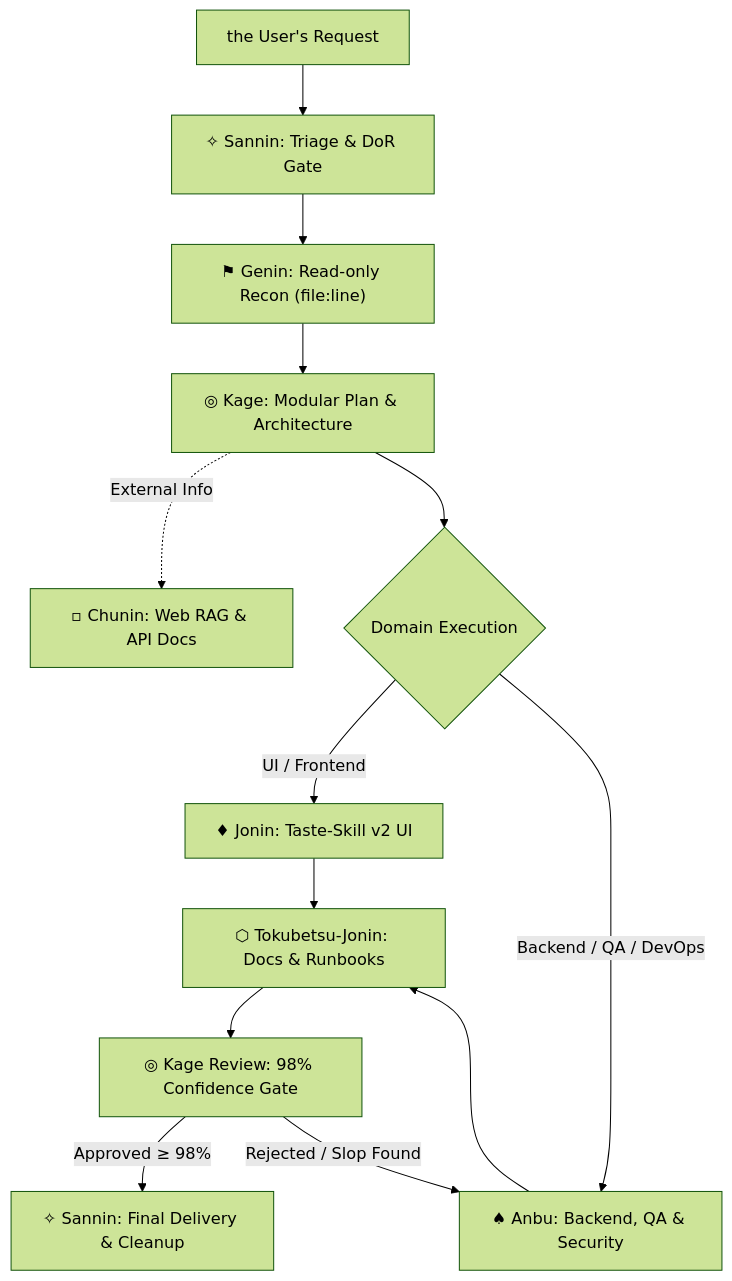
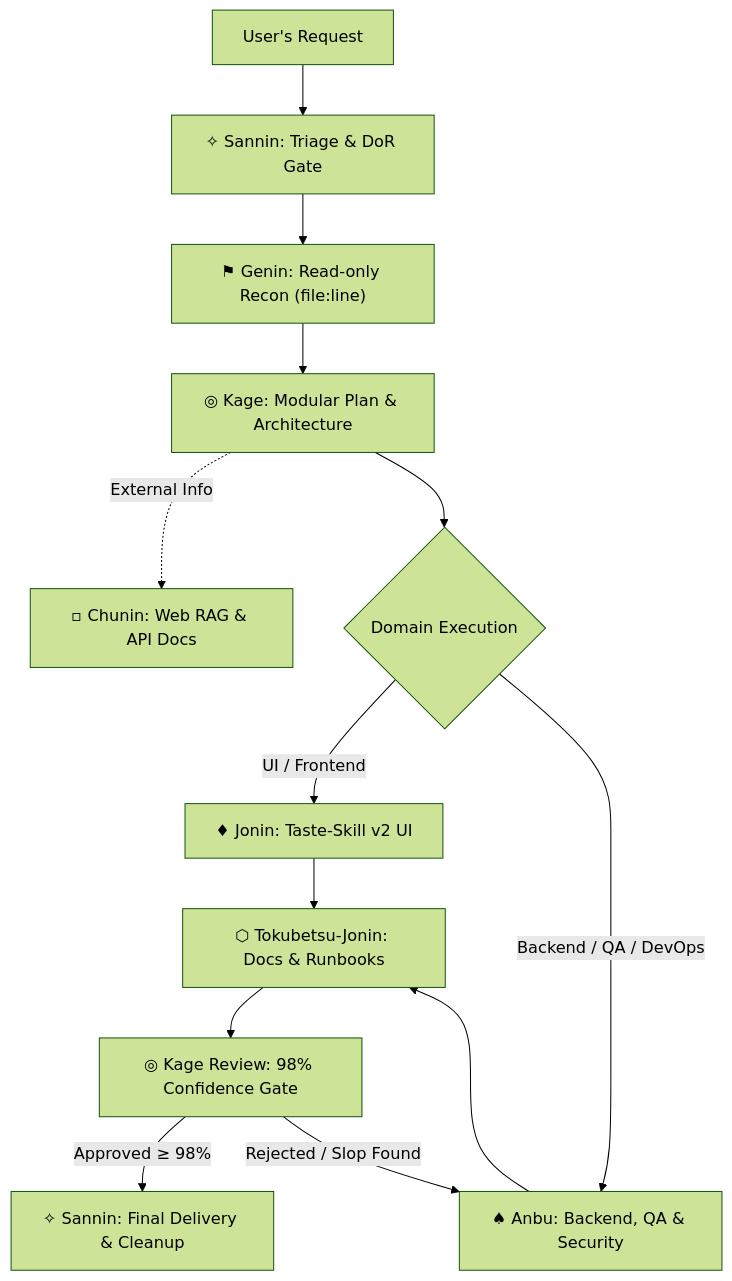
The diagram in skills/konoha-agentic-workflow/SKILL.md (geadalfa/OverhaulMyAgent), drawn with Mermaid (forest theme) before and after one commit. The commit also changed 28 other files, not shown here.

````diff
--- a/skills/konoha-agentic-workflow/SKILL.md
+++ b/skills/konoha-agentic-workflow/SKILL.md
@@ -16,15 +16,15 @@
 ```mermaid
 flowchart TD
-    User["the User's Request"] --> Sannin["✧ Sannin: Triage & DoR Gate"]
+    User["User's Request"] --> Sannin["✧ Sannin: Triage & DoR Gate"]
     Sannin --> Genin["⚑ Genin: Read-only Recon (file:line)"]
     Genin --> KagePlan["◎ Kage: Modular Plan & Architecture"]
     KagePlan -. External Info .-> Chunin["▫ Chunin: Web RAG & API Docs"]
     KagePlan --> Execution{"Domain Execution"}
     Execution -- UI / Frontend --> Jonin["♦ Jonin: Taste-Skill v2 UI"]
     Execution -- Backend / QA / DevOps --> Anbu["♠ Anbu: Backend, QA & Security"]
     Jonin --> Docs["⬡ Tokubetsu-Jonin: Docs & Runbooks"]
     Anbu --> Docs
     Docs --> KageReview["◎ Kage Review: 98% Confidence Gate"]
     KageReview -- Approved ≥ 98% --> SanninHandover["✧ Sannin: Final Delivery & Cleanup"]
     KageReview -- Rejected / Slop Found --> Anbu
 ```
````
